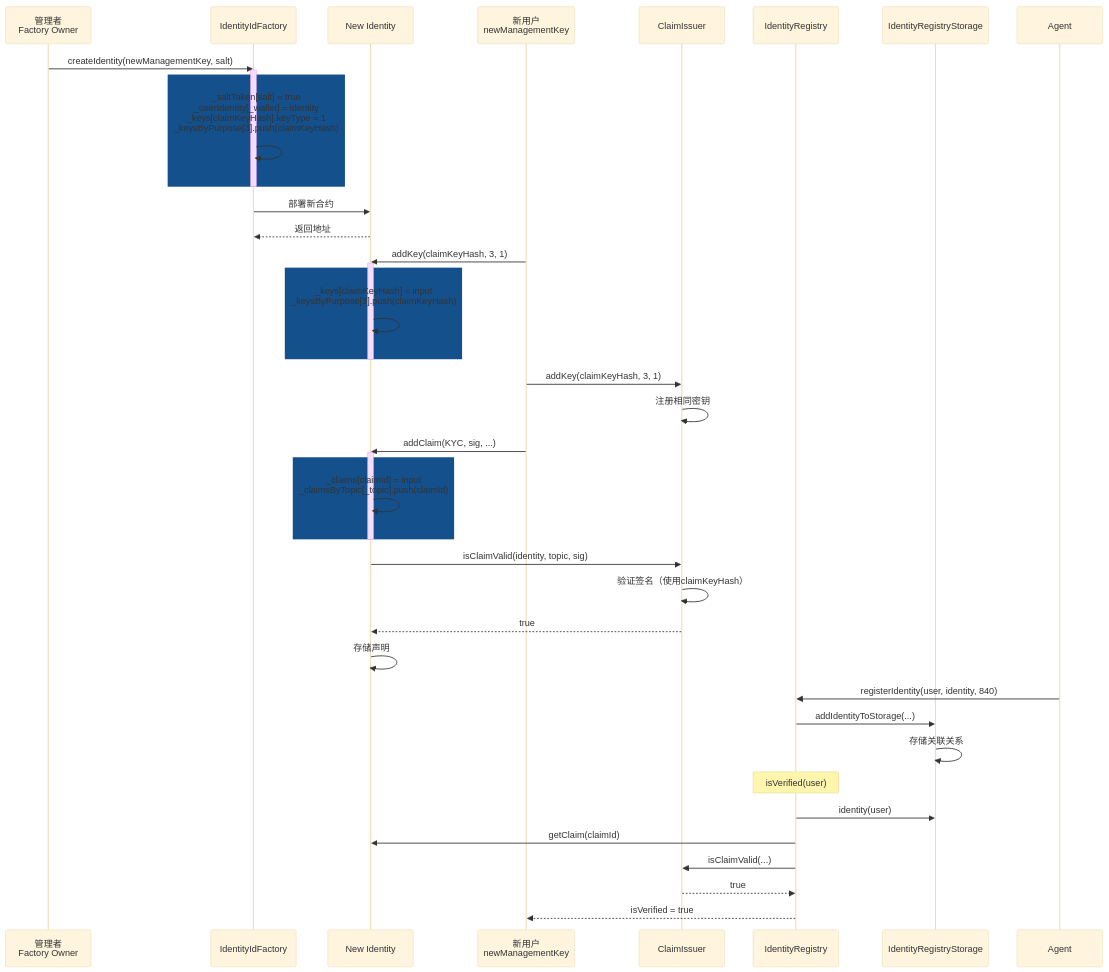
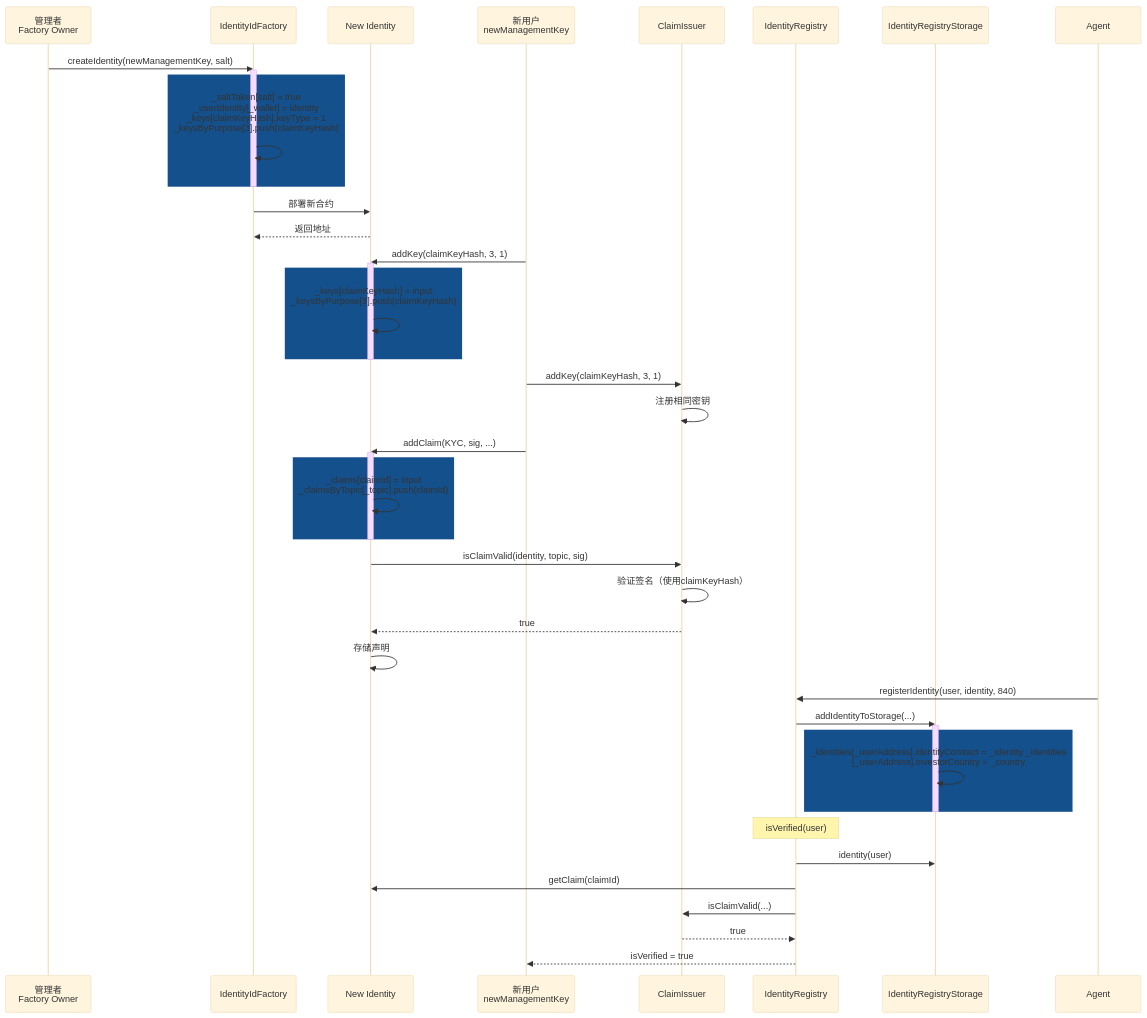
The diagram in document/new_user_registration_flow.md (Joshuashen022/erc-3643-demo), drawn with Mermaid (base theme) before and after one commit. The commit also changed 1 other file, not shown here.

Commit message:
upgrade validate

````diff
--- a/document/new_user_registration_flow.md
+++ b/document/new_user_registration_flow.md
@@ -154,51 +154,56 @@
 ```mermaid
 sequenceDiagram
     participant Owner as 管理者<br/>Factory Owner
     participant Factory as IdentityIdFactory
     participant NewIdentity as New Identity
     participant User as 新用户<br/>newManagementKey
     participant CI as ClaimIssuer
     participant IR as IdentityRegistry
     participant Storage as IdentityRegistryStorage
     
     Owner->>Factory: createIdentity(newManagementKey, salt)
     activate Factory
     rect rgb(20, 80, 140)
     Factory->>Factory: _saltTaken[salt] = true<br/> _userIdentity[_wallet] = identity<br/> _keys[claimKeyHash].keyType = 1<br/> _keysByPurpose[3].push(claimKeyHash)<br/>
     end
     deactivate Factory
     Factory->>NewIdentity: 部署新合约
     NewIdentity-->>Factory: 返回地址
     
     User->>NewIdentity: addKey(claimKeyHash, 3, 1)
     activate NewIdentity
     rect rgb(20, 80, 140)
     NewIdentity->>NewIdentity: _keys[claimKeyHash] = input<br/> _keysByPurpose[3].push(claimKeyHash)<br/>
     end
     deactivate NewIdentity
     
     User->>CI: addKey(claimKeyHash, 3, 1)
     CI->>CI: 注册相同密钥
     
     User->>NewIdentity: addClaim(KYC, sig, ...)
     activate NewIdentity
     rect rgb(20, 80, 140)
     NewIdentity->>NewIdentity: _claims[claimId] = input<br/> _claimsByTopic[_topic].push(claimId)
     end
     deactivate NewIdentity
     NewIdentity->>CI: isClaimValid(identity, topic, sig)
     CI->>CI: 验证签名（使用claimKeyHash）
     CI-->>NewIdentity: true
     NewIdentity->>NewIdentity: 存储声明
     
     Agent->>IR: registerIdentity(user, identity, 840)
     IR->>Storage: addIdentityToStorage(...)
-    Storage->>Storage: 存储关联关系
     
+    activate Storage
+    rect rgb(20, 80, 140)
+    Storage->>Storage: _identities[_userAddress].identityContract = _identity _identities<br/>[_userAddress].investorCountry = _country;
+    end
+    deactivate Storage
+
     Note over IR: isVerified(user)
     IR->>Storage: identity(user)
     IR->>NewIdentity: getClaim(claimId)
     IR->>CI: isClaimValid(...)
     CI-->>IR: true
     IR-->>User: isVerified = true
 ```
````
